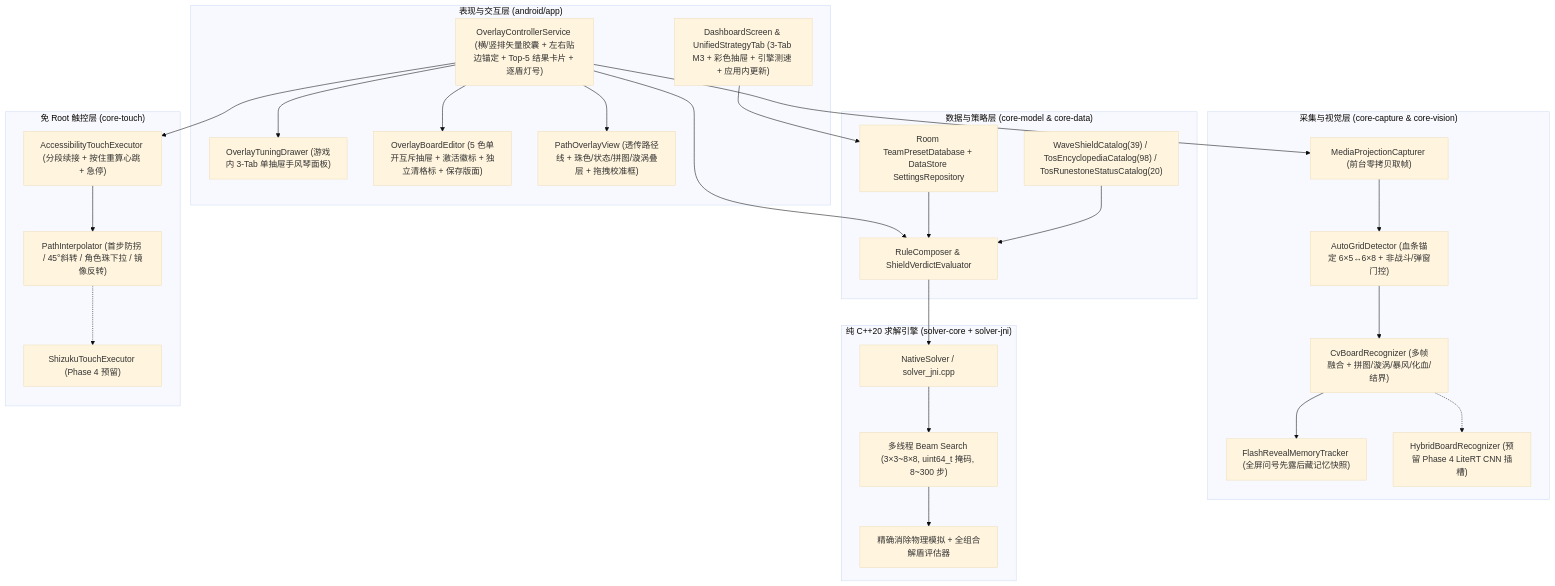
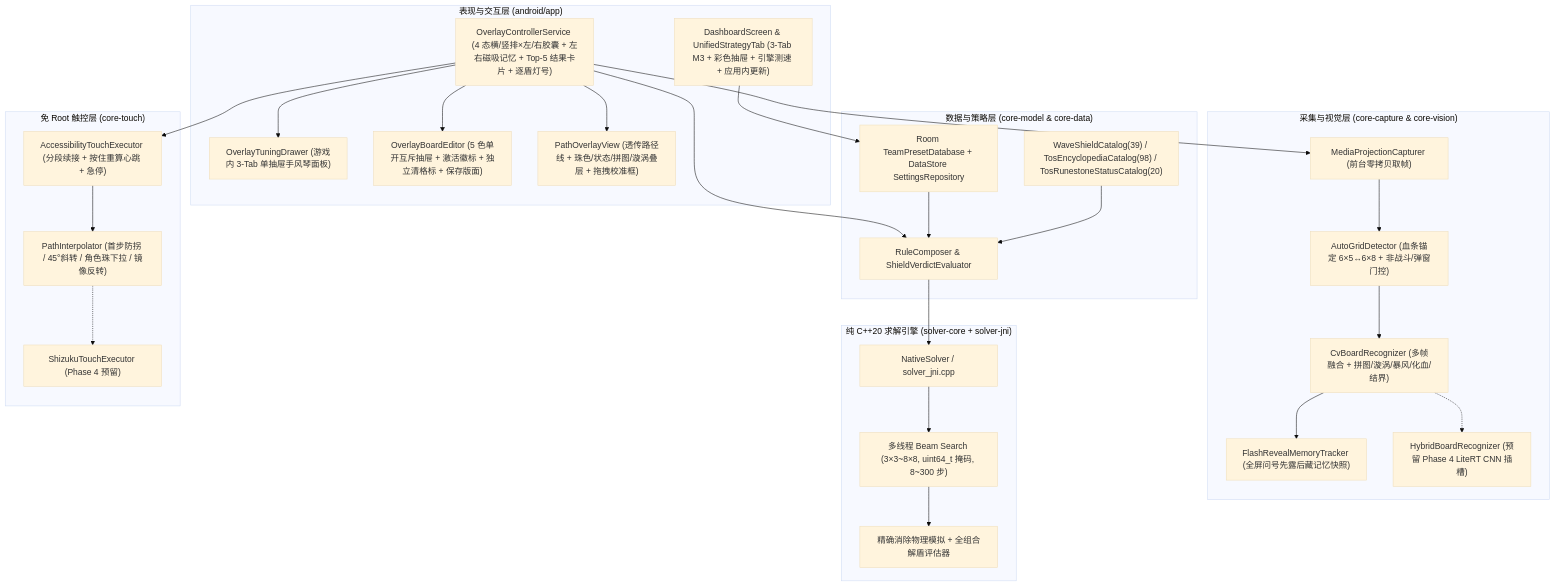
One commit to CloverKing/AutoDora-NEXT changed the third of 3 diagrams in docs/ARCHITECTURE.md. Above: the diagram before and after it, drawn with Mermaid (base theme). The commit also changed other lines of this file and 13 other files, not shown here.

````diff
--- a/docs/ARCHITECTURE.md
+++ b/docs/ARCHITECTURE.md
@@ -151,55 +151,55 @@
 ```mermaid
 flowchart TD
     subgraph UI["表现与交互层 (android/app)"]
         MainApp["DashboardScreen & UnifiedStrategyTab (3-Tab M3 + 彩色抽屉 + 引擎测速 + 应用内更新)"]
-        OverlayMgr["OverlayControllerService (横/竖排矢量胶囊 + 左右贴边锚定 + Top-5 结果卡片 + 逐盾灯号)"]
+        OverlayMgr["OverlayControllerService (4 态横/竖排×左/右胶囊 + 左右磁吸记忆 + Top-5 结果卡片 + 逐盾灯号)"]
         TuningDrawer["OverlayTuningDrawer (游戏内 3-Tab 单抽屉手风琴面板)"]
         BoardEdit["OverlayBoardEditor (5 色单开互斥抽屉 + 激活徽标 + 独立清格标 + 保存版面)"]
         PathView["PathOverlayView (透传路径线 + 珠色/状态/拼图/漩涡叠层 + 拖拽校准框)"]
     end
 
     subgraph Data["数据与策略层 (core-model & core-data)"]
         Composer["RuleComposer & ShieldVerdictEvaluator"]
         Catalogs["WaveShieldCatalog(39) / TosEncyclopediaCatalog(98) / TosRunestoneStatusCatalog(20)"]
         Store["Room TeamPresetDatabase + DataStore SettingsRepository"]
     end
 
     subgraph CaptureVision["采集与视觉层 (core-capture & core-vision)"]
         MediaProj["MediaProjectionCapturer (前台零拷贝取帧)"]
         GridDetect["AutoGridDetector (血条锚定 6×5↔6×8 + 非战斗/弹窗门控)"]
         CvRecog["CvBoardRecognizer (多帧融合 + 拼图/漩涡/暴风/化血/结界)"]
         FlashMem["FlashRevealMemoryTracker (全屏问号先露后藏记忆快照)"]
         Hybrid["HybridBoardRecognizer (预留 Phase 4 LiteRT CNN 插槽)"]
     end
 
     subgraph Solver["纯 C++20 求解引擎 (solver-core + solver-jni)"]
         JniBridge["NativeSolver / solver_jni.cpp"]
         BeamEngine["多线程 Beam Search (3×3~8×8, uint64_t 掩码, 8~300 步)"]
         SimEval["精确消除物理模拟 + 全组合解盾评估器"]
     end
 
     subgraph Touch["免 Root 触控层 (core-touch)"]
         PathSmooth["PathInterpolator (首步防拐 / 45°斜转 / 角色珠下拉 / 镜像反转)"]
         A11yExec["AccessibilityTouchExecutor (分段续接 + 按住重算心跳 + 急停)"]
         ShizukuExec["ShizukuTouchExecutor (Phase 4 预留)"]
     end
 
     MainApp --> Store
     OverlayMgr --> TuningDrawer
     OverlayMgr --> BoardEdit
     OverlayMgr --> PathView
     OverlayMgr --> Composer
     OverlayMgr --> MediaProj
     OverlayMgr --> A11yExec
     Store --> Composer
     Catalogs --> Composer
     MediaProj --> GridDetect
     GridDetect --> CvRecog
     CvRecog --> FlashMem
     CvRecog -.-> Hybrid
     Composer --> JniBridge
     JniBridge --> BeamEngine
     BeamEngine --> SimEval
     A11yExec --> PathSmooth
     PathSmooth -.-> ShizukuExec
 ```
````
